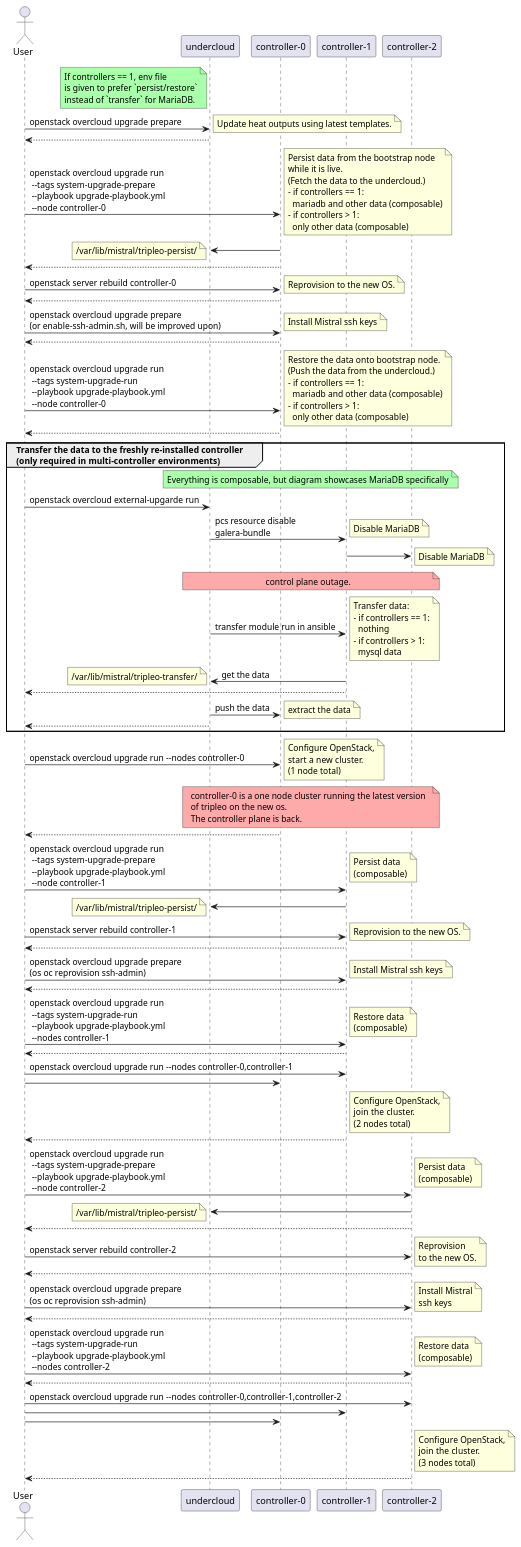
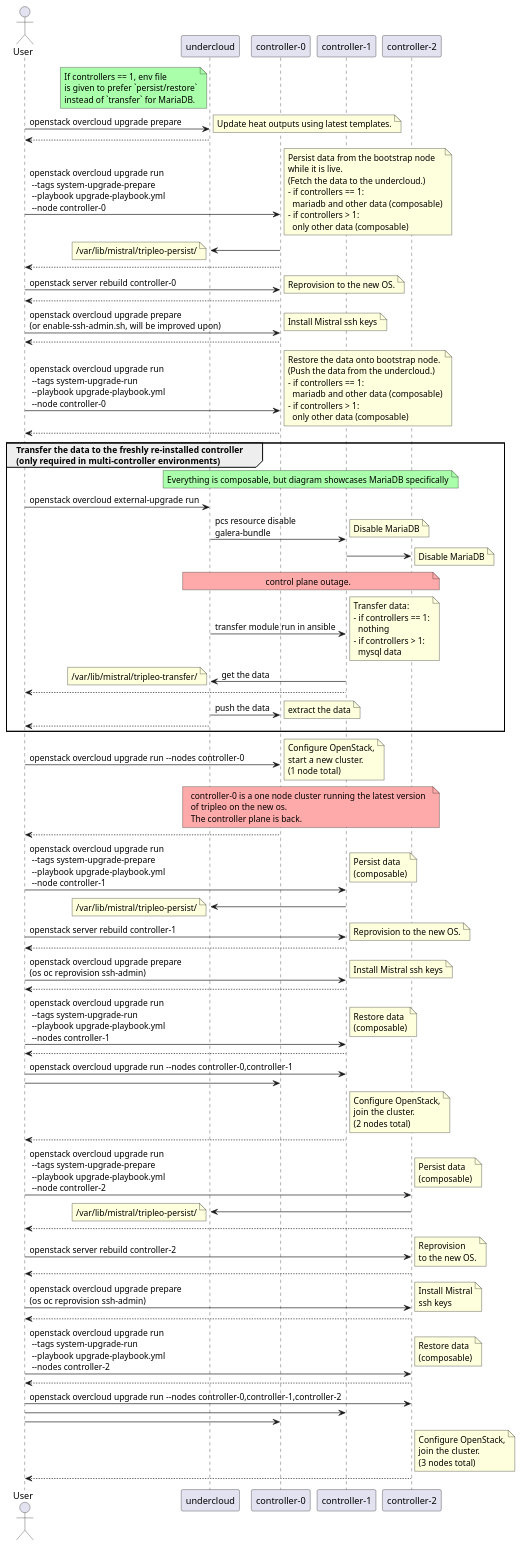
One commit to openstack-archive/tripleo-docs changed the diagram in doc/source/upgrade/developer/upgrades/major_upgrade_with_os.plantuml. Above: the diagram before and after it, drawn with PlantUML. The commit also changed 40 other files, not shown here.

```diff
--- a/doc/source/upgrade/developer/upgrades/major_upgrade_with_os.plantuml
+++ b/doc/source/upgrade/developer/upgrades/major_upgrade_with_os.plantuml
@@ -72,7 +72,7 @@
 note over "undercloud", "controller-2" #AAFFAA
     Everything is composable, but diagram showcases MariaDB specifically
 end note
-User -> "undercloud" : openstack overcloud external-upgarde run
+User -> "undercloud" : openstack overcloud external-upgrade run
 "undercloud" -> "controller-1" : pcs resource disable\ngalera-bundle
 note right: Disable MariaDB
 "controller-1" -> "controller-2"
```
